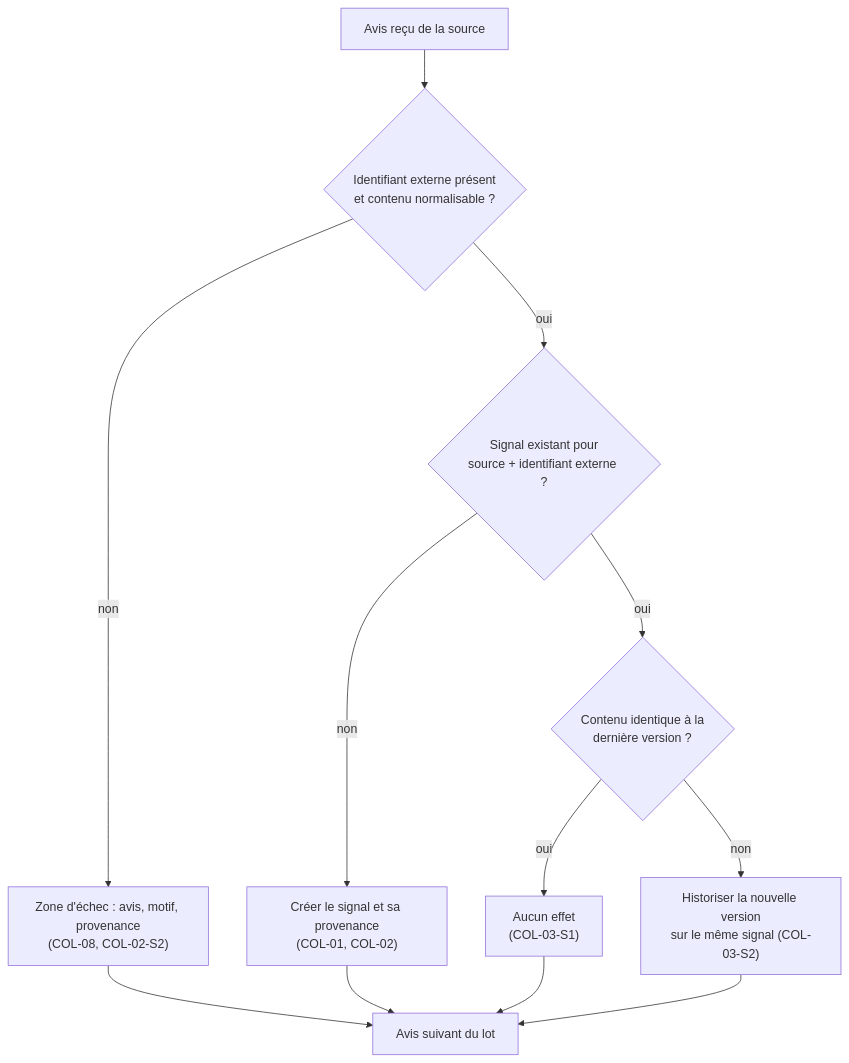
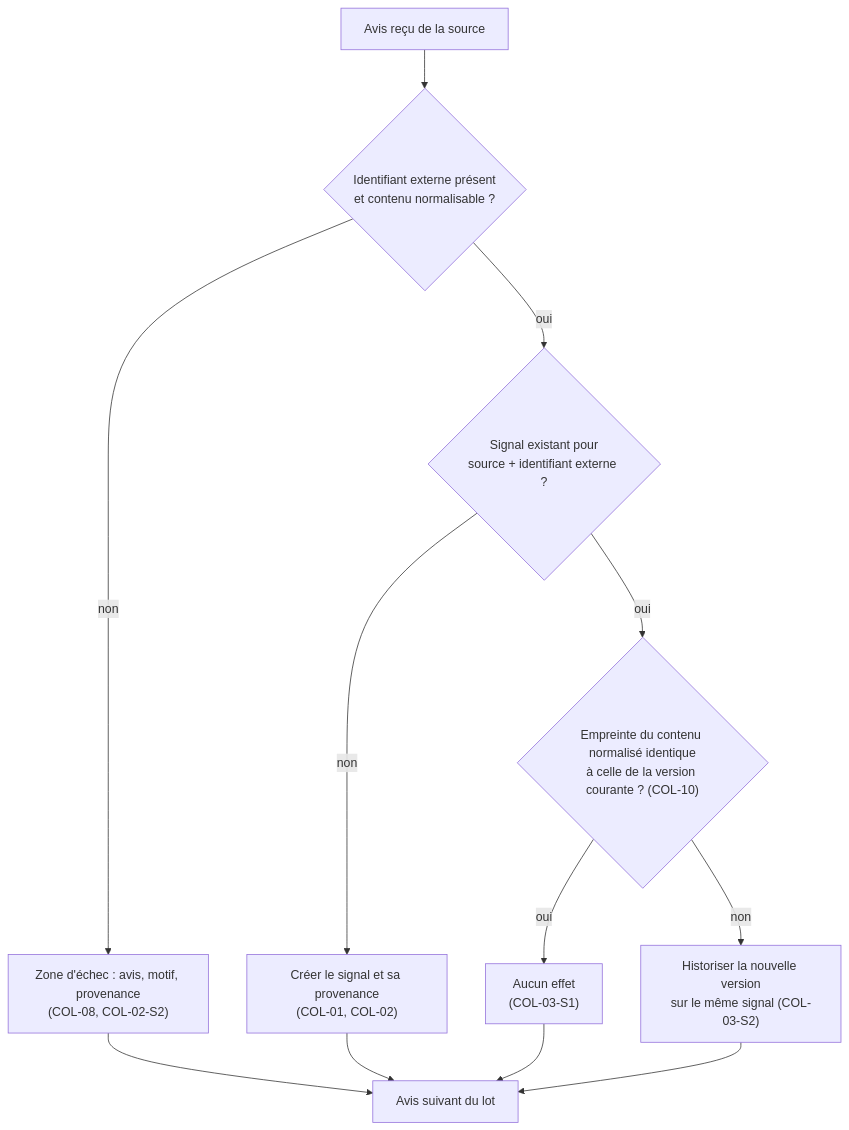
Before and after one commit to FTurleque/argos-tech-platform: the second of 3 diagrams in docs/specifications/collecte-avis-securite.md, drawn with Mermaid. The commit also changed other lines of this file and 7 other files, not shown here.

````diff
--- a/docs/specifications/collecte-avis-securite.md
+++ b/docs/specifications/collecte-avis-securite.md
@@ -142,14 +142,14 @@
 ```mermaid
 flowchart TD
     A["Avis reçu de la source"] --> B{"Identifiant externe présent<br/>et contenu normalisable ?"}
     B -- non --> F["Zone d'échec : avis, motif, provenance<br/>(COL-08, COL-02-S2)"]
     B -- oui --> C{"Signal existant pour<br/>source + identifiant externe ?"}
     C -- non --> N["Créer le signal et sa provenance<br/>(COL-01, COL-02)"]
-    C -- oui --> D{"Contenu identique à la<br/>dernière version ?"}
+    C -- oui --> D{"Empreinte du contenu normalisé identique<br/>à celle de la version courante ? (COL-10)"}
     D -- oui --> I["Aucun effet<br/>(COL-03-S1)"]
     D -- non --> H["Historiser la nouvelle version<br/>sur le même signal (COL-03-S2)"]
     F --> S["Avis suivant du lot"]
     N --> S
     I --> S
     H --> S
 ```
````
